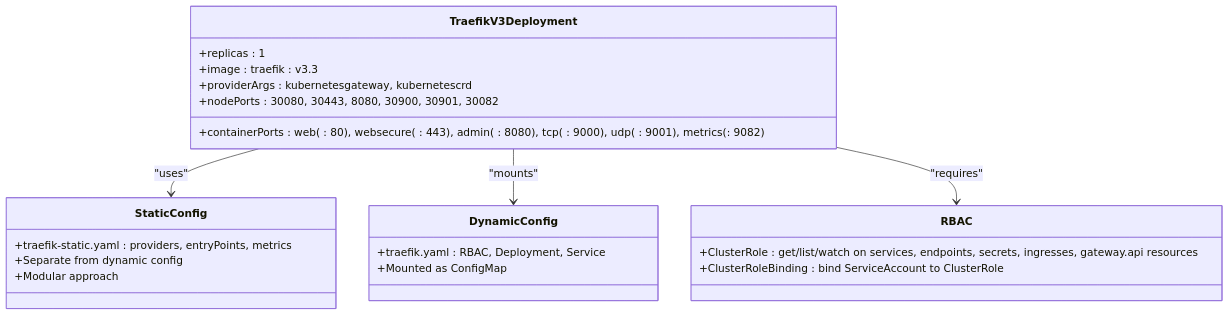
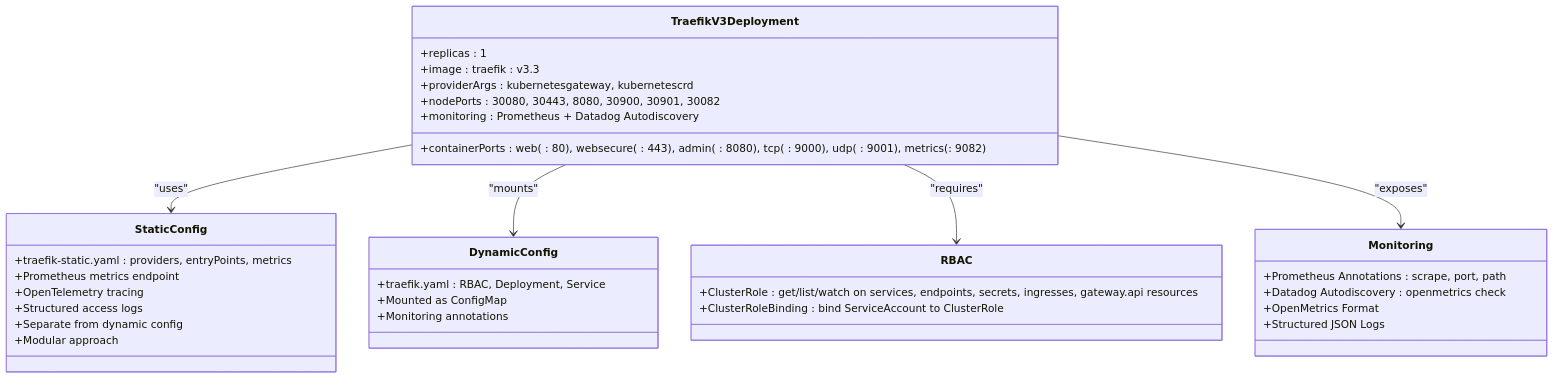
The sixth of 12 diagrams in .qoder/repowiki/en/content/Infrastructure Applications/Gateway API Controller.md (Hoangvu75/k8s_manifest), drawn with Mermaid before and after one commit. The commit also changed other lines of this file and 3 other files, not shown here.

````diff
--- a/.qoder/repowiki/en/content/Infrastructure Applications/Gateway API Controller.md
+++ b/.qoder/repowiki/en/content/Infrastructure Applications/Gateway API Controller.md
@@ -278,26 +302,38 @@
 ```mermaid
 classDiagram
 class TraefikV3Deployment {
 +replicas : 1
 +image : traefik : v3.3
 +providerArgs : kubernetesgateway, kubernetescrd
 +containerPorts : web( : 80), websecure( : 443), admin( : 8080), tcp( : 9000), udp( : 9001), metrics( : 9082)
 +nodePorts : 30080, 30443, 8080, 30900, 30901, 30082
++monitoring : Prometheus + Datadog Autodiscovery
 }
 class StaticConfig {
 +traefik-static.yaml : providers, entryPoints, metrics
++Prometheus metrics endpoint
++OpenTelemetry tracing
++Structured access logs
 +Separate from dynamic config
 +Modular approach
 }
 class DynamicConfig {
 +traefik.yaml : RBAC, Deployment, Service
 +Mounted as ConfigMap
++Monitoring annotations
 }
 class RBAC {
 +ClusterRole : get/list/watch on services, endpoints, secrets, ingresses, gateway.api resources
 +ClusterRoleBinding : bind ServiceAccount to ClusterRole
 }
+class Monitoring {
++Prometheus Annotations : scrape, port, path
++Datadog Autodiscovery : openmetrics check
++OpenMetrics Format
++Structured JSON Logs
+}
 TraefikV3Deployment --> StaticConfig : "uses"
 TraefikV3Deployment --> DynamicConfig : "mounts"
 TraefikV3Deployment --> RBAC : "requires"
+TraefikV3Deployment --> Monitoring : "exposes"
 ```
````
